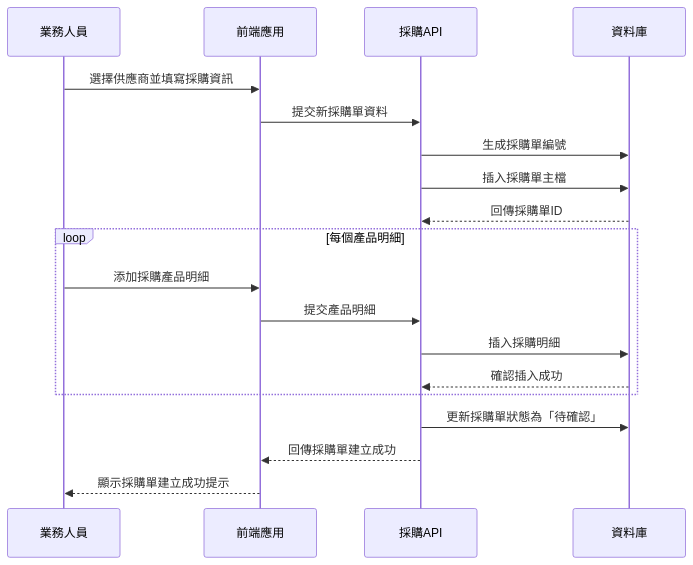
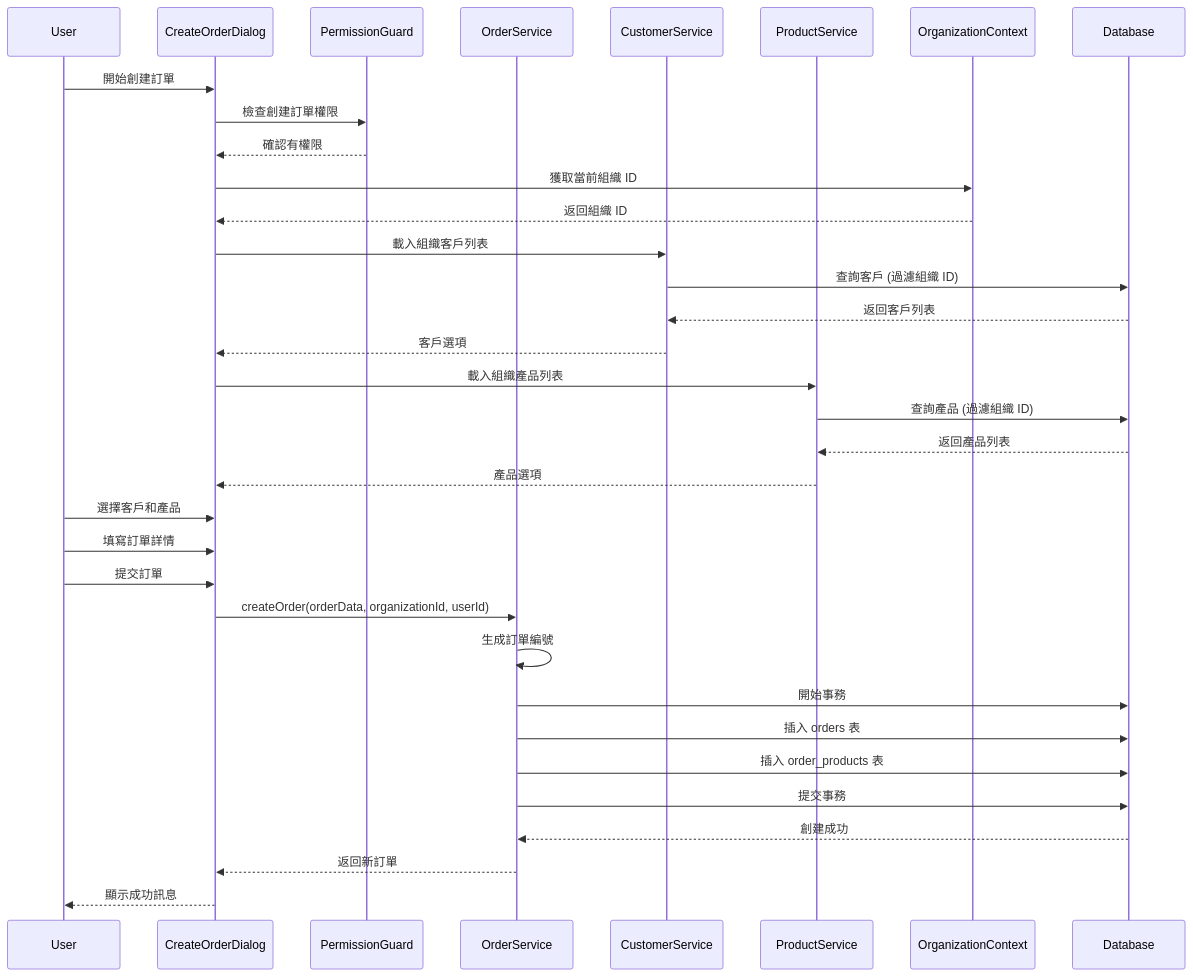
The tenth of 18 diagrams in docs/SEQUENCE_DIAGRAMS.md (quinticechen/qerp-system), drawn with Mermaid before and after one commit. The commit also changed other lines of this file and 9 other files, not shown here.

First line of the commit message:
feat: Enhance organization permission management

````diff
--- a/docs/SEQUENCE_DIAGRAMS.md
+++ b/docs/SEQUENCE_DIAGRAMS.md
@@ -231,24 +305,43 @@
 ```mermaid
 sequenceDiagram
-    participant Sales as 業務人員
-    participant Frontend as 前端應用
-    participant PurchaseAPI as 採購API
-    participant DB as 資料庫
+    participant U as User
+    participant UI as CreateOrderDialog
+    participant PG as PermissionGuard
+    participant OS as OrderService
+    participant CS as CustomerService
+    participant PS as ProductService
+    participant OC as OrganizationContext
+    participant DB as Database
 
-    Sales->>Frontend: 選擇供應商並填寫採購資訊
-    Frontend->>PurchaseAPI: 提交新採購單資料
-    PurchaseAPI->>DB: 生成採購單編號
-    PurchaseAPI->>DB: 插入採購單主檔
-    DB-->>PurchaseAPI: 回傳採購單ID
+    U->>UI: 開始創建訂單
+    UI->>PG: 檢查創建訂單權限
+    PG-->>UI: 確認有權限
     
-    loop 每個產品明細
-        Sales->>Frontend: 添加採購產品明細
-        Frontend->>PurchaseAPI: 提交產品明細
-        PurchaseAPI->>DB: 插入採購明細
-        DB-->>PurchaseAPI: 確認插入成功
-    end
+    UI->>OC: 獲取當前組織 ID
+    OC-->>UI: 返回組織 ID
     
-    PurchaseAPI->>DB: 更新採購單狀態為「待確認」
-    PurchaseAPI-->>Frontend: 回傳採購單建立成功
-    Frontend-->>Sales: 顯示採購單建立成功提示
+    UI->>CS: 載入組織客戶列表
+    CS->>DB: 查詢客戶 (過濾組織 ID)
+    DB-->>CS: 返回客戶列表
+    CS-->>UI: 客戶選項
+    
+    UI->>PS: 載入組織產品列表
+    PS->>DB: 查詢產品 (過濾組織 ID)
+    DB-->>PS: 返回產品列表
+    PS-->>UI: 產品選項
+    
+    U->>UI: 選擇客戶和產品
+    U->>UI: 填寫訂單詳情
+    U->>UI: 提交訂單
+    
+    UI->>OS: createOrder(orderData, organizationId, userId)
+    OS->>OS: 生成訂單編號
+    OS->>DB: 開始事務
+    OS->>DB: 插入 orders 表
+    OS->>DB: 插入 order_products 表
+    OS->>DB: 提交事務
+    
+    DB-->>OS: 創建成功
+    OS-->>UI: 返回新訂單
+    UI-->>U: 顯示成功訊息
 ```
````
